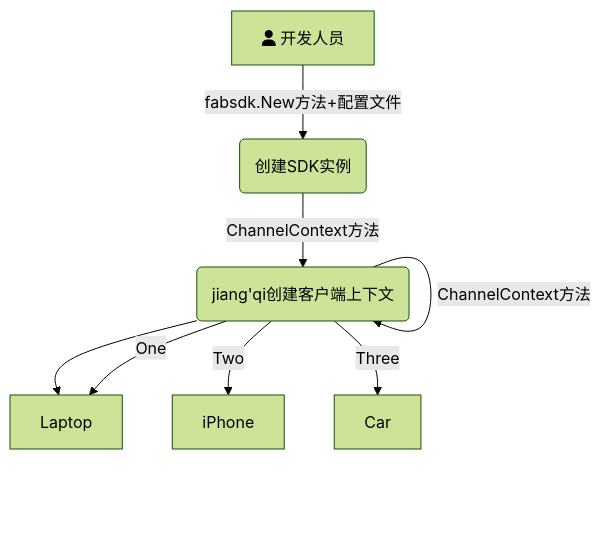
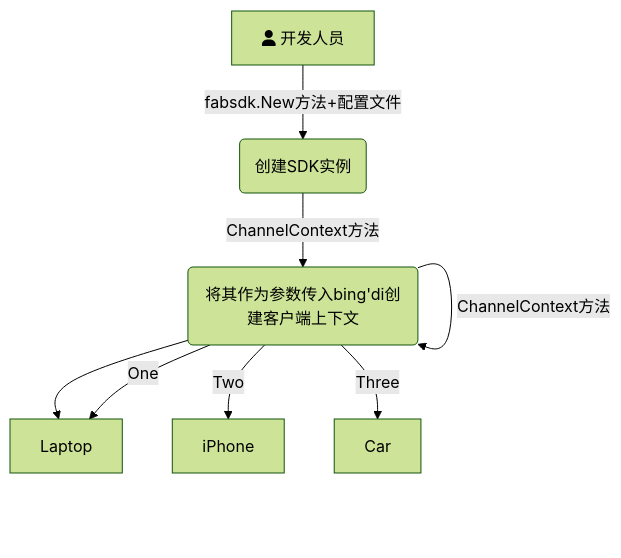
The diagram in all/未命名.md (Utekichan/iodraw-files), drawn with Mermaid (forest theme) before and after one commit.

Commit message:
2024-03-30 22:14:14 update

````diff
--- a/all/未命名.md
+++ b/all/未命名.md
@@ -1,11 +1,11 @@
 ```mermaid
 graph TD
     A[fa:fa-user 开发人员] -->|fabsdk.New方法+配置文件| B(创建SDK实例)
     B-->|ChannelContext方法| C(创建客户端上下文)
-    C-->|ChannelContext方法| C(jiang'qi创建客户端上下文)
+    C-->|ChannelContext方法| C(将其作为参数传入bing'di创建客户端上下文)
     C --> D{Select}
     C -->|One| D[Laptop]
     C -->|Two| E[iPhone]
     C -->|Three| F[Car]
   
 ```
````
